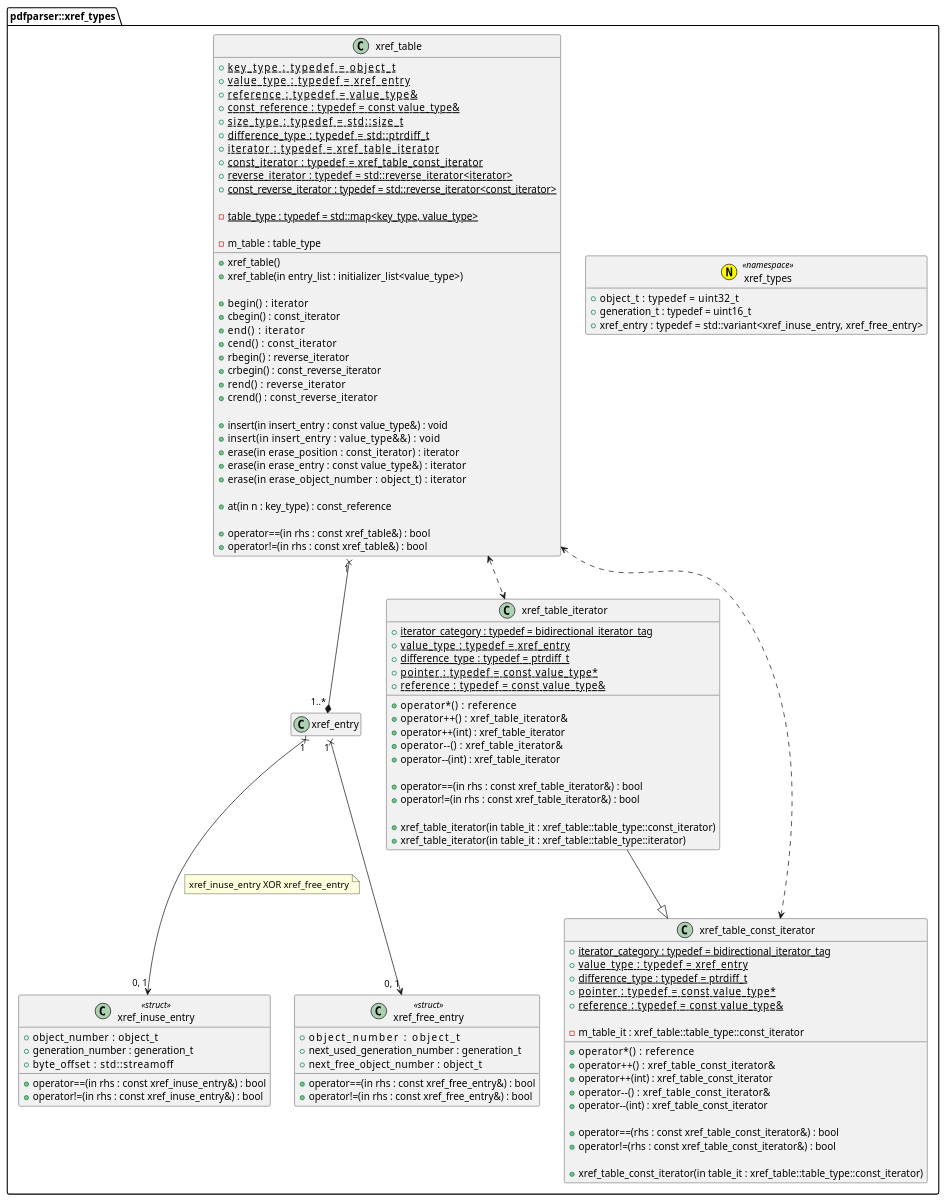
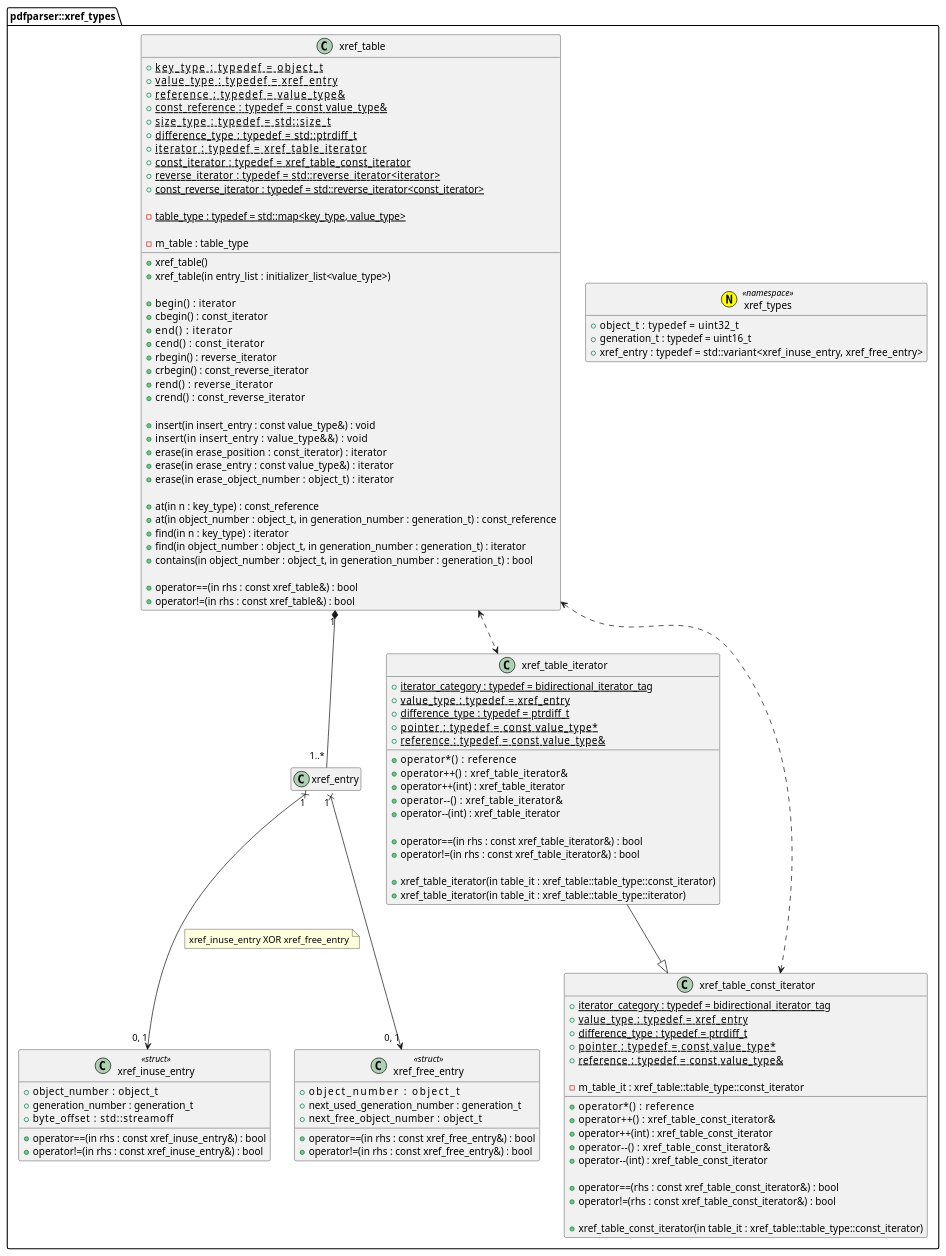
The diagram in document/xref_types.class.pu (KodaiYM/PDFReader), drawn with PlantUML before and after one commit. The commit also changed 16 other files, not shown here.

```diff
--- a/document/xref_types.class.pu
+++ b/document/xref_types.class.pu
@@ -1,119 +1,123 @@
 @startuml xref_types
 hide empty members
 namespace pdfparser::xref_types {
 annotation xref_types <<(N, yellow) namespace>> {
 	+object_t     : typedef = uint32_t
 	+generation_t : typedef = uint16_t
 	+xref_entry   : typedef = std::variant<xref_inuse_entry, xref_free_entry>
 }
 
 xref_entry "1" x--> "0, 1" xref_inuse_entry
 note right on link
 xref_inuse_entry XOR xref_free_entry
 end note
 xref_entry "1" x--> "0, 1" xref_free_entry
 
 class xref_inuse_entry <<struct>> {
 	+object_number     : object_t
 	+generation_number : generation_t
 	+byte_offset       : std::streamoff
 	
 	+operator==(in rhs : const xref_inuse_entry&) : bool
 	+operator!=(in rhs : const xref_inuse_entry&) : bool
 }
 
 class xref_free_entry <<struct>> {
 	+object_number               : object_t
 	+next_used_generation_number : generation_t
 	+next_free_object_number     : object_t
 	
 	+operator==(in rhs : const xref_free_entry&) : bool
 	+operator!=(in rhs : const xref_free_entry&) : bool
 }
 
 class xref_table {
 	+{static} key_type               : typedef = object_t
 	+{static} value_type             : typedef = xref_entry
 	+{static} reference              : typedef = value_type&
 	+{static} const_reference        : typedef = const value_type&
 	+{static} size_type              : typedef = std::size_t
 	+{static} difference_type        : typedef = std::ptrdiff_t
 	+{static} iterator               : typedef = xref_table_iterator
 	+{static} const_iterator         : typedef = xref_table_const_iterator
 	+{static} reverse_iterator       : typedef = std::reverse_iterator<iterator>
 	+{static} const_reverse_iterator : typedef = std::reverse_iterator<const_iterator>
 
 	-{static} table_type : typedef = std::map<key_type, value_type>
 
 	-m_table : table_type
 
 	+xref_table()
 	+xref_table(in entry_list : initializer_list<value_type>)
 
 	+begin()   : iterator
 	+cbegin()  : const_iterator
 	+end()     : iterator
 	+cend()    : const_iterator
 	+rbegin()  : reverse_iterator
 	+crbegin() : const_reverse_iterator
 	+rend()    : reverse_iterator
 	+crend()   : const_reverse_iterator
 
 	+insert(in insert_entry : const value_type&) : void
 	+insert(in insert_entry : value_type&&)      : void
 	+erase(in erase_position : const_iterator)   : iterator
 	+erase(in erase_entry : const value_type&)   : iterator
 	+erase(in erase_object_number : object_t)    : iterator
 
 	+at(in n : key_type) : const_reference
+	+at(in object_number : object_t, in generation_number : generation_t) : const_reference
+	+find(in n : key_type) : iterator
+	+find(in object_number : object_t, in generation_number : generation_t) : iterator
+	+contains(in object_number : object_t, in generation_number : generation_t) : bool
 
 	+operator==(in rhs : const xref_table&) : bool
 	+operator!=(in rhs : const xref_table&) : bool
 }
-xref_table "1" x--* "1..*" xref_entry
+xref_table "1" *-- "1..*" xref_entry
 xref_table <..> xref_table_iterator
 xref_table <..> xref_table_const_iterator
 
 class xref_table_iterator {
 	+{static} iterator_category : typedef = bidirectional_iterator_tag
 	+{static} value_type        : typedef = xref_entry
 	+{static} difference_type   : typedef = ptrdiff_t
 	+{static} pointer           : typedef = const value_type*
 	+{static} reference         : typedef = const value_type&
 
 	+operator*()     : reference
 	+operator++()    : xref_table_iterator&
 	+operator++(int) : xref_table_iterator
 	+operator--()    : xref_table_iterator&
 	+operator--(int) : xref_table_iterator
 
 	+operator==(in rhs : const xref_table_iterator&) : bool
 	+operator!=(in rhs : const xref_table_iterator&) : bool
 
 	+xref_table_iterator(in table_it : xref_table::table_type::const_iterator)
 	+xref_table_iterator(in table_it : xref_table::table_type::iterator)
 }
 xref_table_iterator --|> xref_table_const_iterator
 
 class xref_table_const_iterator {
 	+{static} iterator_category : typedef = bidirectional_iterator_tag
 	+{static} value_type        : typedef = xref_entry
 	+{static} difference_type   : typedef = ptrdiff_t
 	+{static} pointer           : typedef = const value_type*
 	+{static} reference         : typedef = const value_type&
 
 	-m_table_it : xref_table::table_type::const_iterator
 
 	+operator*()     : reference
 	+operator++()    : xref_table_const_iterator&
 	+operator++(int) : xref_table_const_iterator
 	+operator--()    : xref_table_const_iterator&
 	+operator--(int) : xref_table_const_iterator
 
 	+operator==(rhs : const xref_table_const_iterator&) : bool
 	+operator!=(rhs : const xref_table_const_iterator&) : bool
 
 	+xref_table_const_iterator(in table_it : xref_table::table_type::const_iterator)
 }
 }
 @enduml
```
